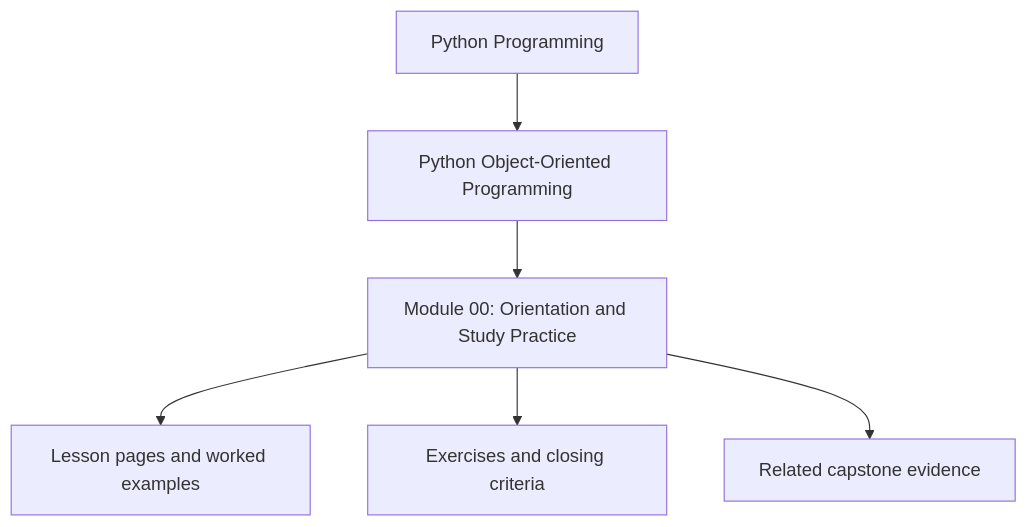
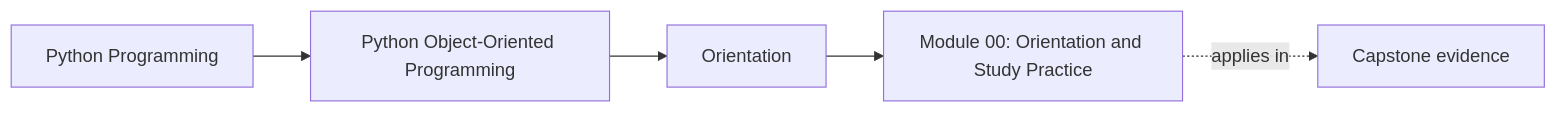
The first of 2 diagrams in programs/python-programming/python-object-oriented-programming/course-book/module-00-orientation/index.md (bijux/bijux-masterclass), drawn with Mermaid before and after one commit. The commit also changed other lines of this file and 65 other files, not shown here.

Commit message:
docs(python-object-oriented-programming): map object model and design foundations

````diff
--- a/programs/python-programming/python-object-oriented-programming/course-book/module-00-orientation/index.md
+++ b/programs/python-programming/python-object-oriented-programming/course-book/module-00-orientation/index.md
@@ -7,8 +7,11 @@
 ```mermaid
-flowchart TD
-  family["Python Programming"] --> program["Python Object-Oriented Programming"]
-  program --> module["Module 00: Orientation and Study Practice"]
-  module --> lessons["Lesson pages and worked examples"]
-  module --> checkpoints["Exercises and closing criteria"]
-  module --> capstone["Related capstone evidence"]
+graph LR
+  family["Python Programming"]
+  program["Python Object-Oriented Programming"]
+  section["Orientation"]
+  page["Module 00: Orientation and Study Practice"]
+  capstone["Capstone evidence"]
+
+  family --> program --> section --> page
+  page -.applies in.-> capstone
 ```
````
